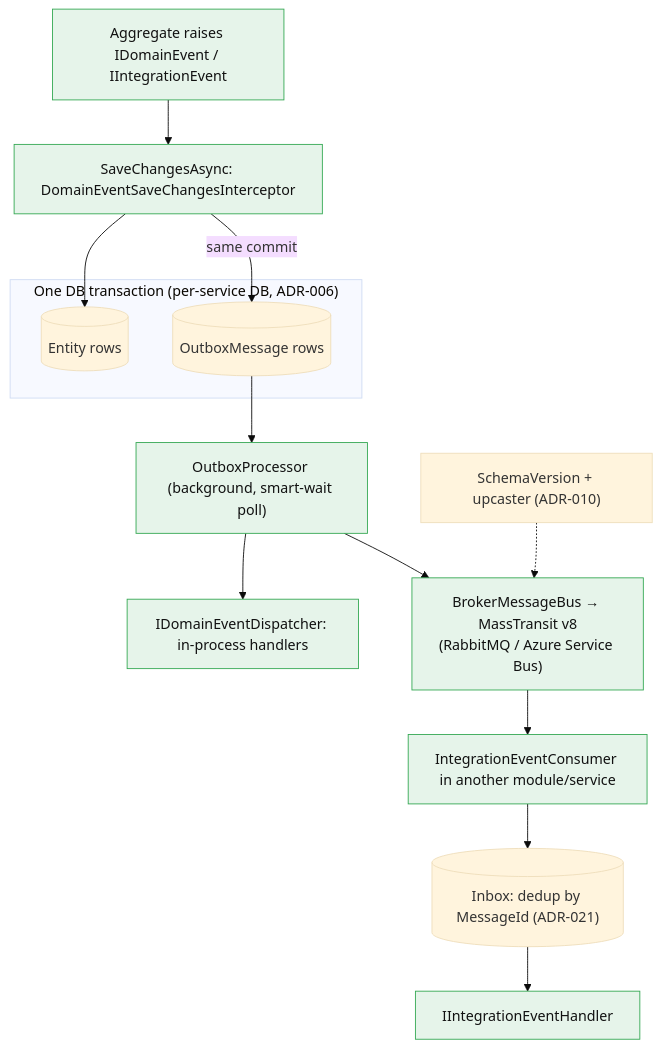
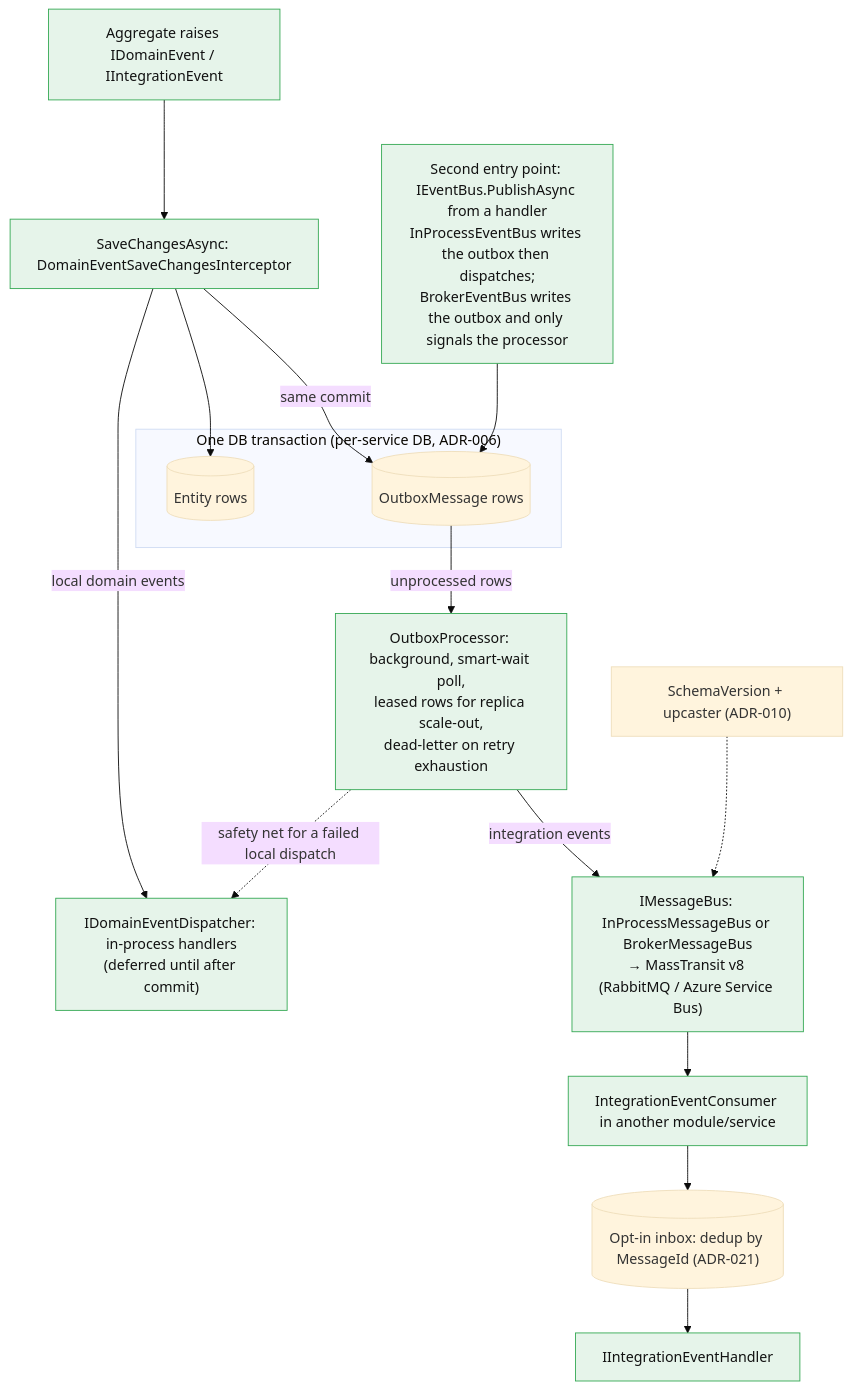
One commit to ivanball/ivanball.github.io changed the sixth of 15 diagrams in docs-src/onboarding/CONCEPT-MAPS.md. Above: the diagram before and after it, drawn with Mermaid (base theme). The commit also changed other lines of this file and 15 other files, not shown here.

````diff
--- a/docs-src/onboarding/CONCEPT-MAPS.md
+++ b/docs-src/onboarding/CONCEPT-MAPS.md
@@ -297,27 +336,30 @@
 ```mermaid
 flowchart TD
     AGG["Aggregate raises IDomainEvent / IIntegrationEvent"]
     SAVE["SaveChangesAsync: DomainEventSaveChangesInterceptor"]
+    EBUS["Second entry point: IEventBus.PublishAsync from a handler<br/>InProcessEventBus writes the outbox then dispatches;<br/>BrokerEventBus writes the outbox and only signals the processor"]
     subgraph TXN["One DB transaction (per-service DB, ADR-006)"]
         ENTITY[("Entity rows")]
         OBX[("OutboxMessage rows")]
     end
-    PROC["OutboxProcessor (background, smart-wait poll)"]
-    DISP["IDomainEventDispatcher: in-process handlers"]
-    BROKER["BrokerMessageBus → MassTransit v8<br/>(RabbitMQ / Azure Service Bus)"]
+    DISP["IDomainEventDispatcher: in-process handlers<br/>(deferred until after commit)"]
+    PROC["OutboxProcessor: background, smart-wait poll,<br/>leased rows for replica scale-out,<br/>dead-letter on retry exhaustion"]
+    BUS["IMessageBus: InProcessMessageBus or BrokerMessageBus<br/>→ MassTransit v8 (RabbitMQ / Azure Service Bus)"]
     CONSUMER["IntegrationEventConsumer in another module/service"]
-    INBOX[("Inbox: dedup by MessageId (ADR-021)")]
+    INBOX[("Opt-in inbox: dedup by MessageId (ADR-021)")]
     HANDLER["IIntegrationEventHandler"]
 
     AGG --> SAVE
     SAVE --> ENTITY
     SAVE -->|"same commit"| OBX
-    OBX --> PROC
-    PROC --> DISP
-    PROC --> BROKER
-    BROKER --> CONSUMER --> INBOX --> HANDLER
-    SCHEMA["SchemaVersion + upcaster (ADR-010)"] -.-> BROKER
+    SAVE -->|"local domain events"| DISP
+    EBUS --> OBX
+    OBX -->|"unprocessed rows"| PROC
+    PROC -->|"integration events"| BUS
+    PROC -.->|"safety net for a failed local dispatch"| DISP
+    BUS --> CONSUMER --> INBOX --> HANDLER
+    SCHEMA["SchemaVersion + upcaster (ADR-010)"] -.-> BUS
 
     classDef evt fill:#e6f4ea,stroke:#34a853,color:#111
-    class AGG,SAVE,PROC,DISP,BROKER,CONSUMER,HANDLER evt
+    class AGG,SAVE,EBUS,PROC,DISP,BUS,CONSUMER,HANDLER evt
 ```
````
